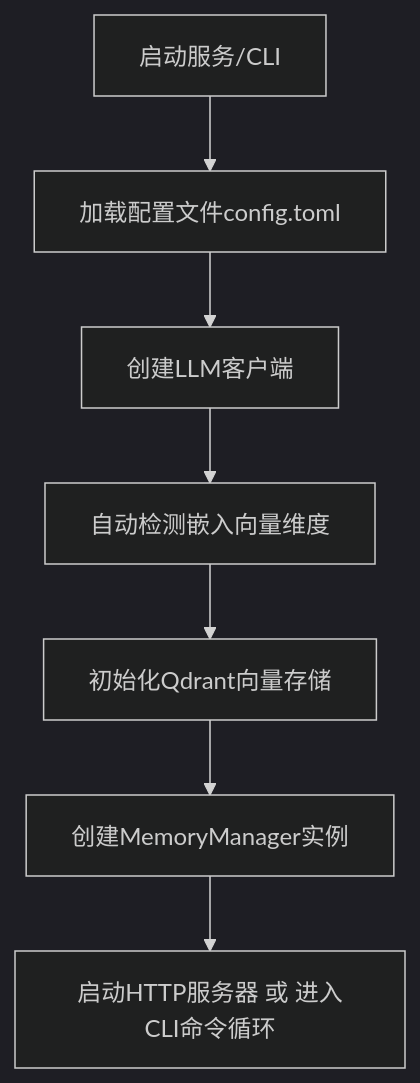
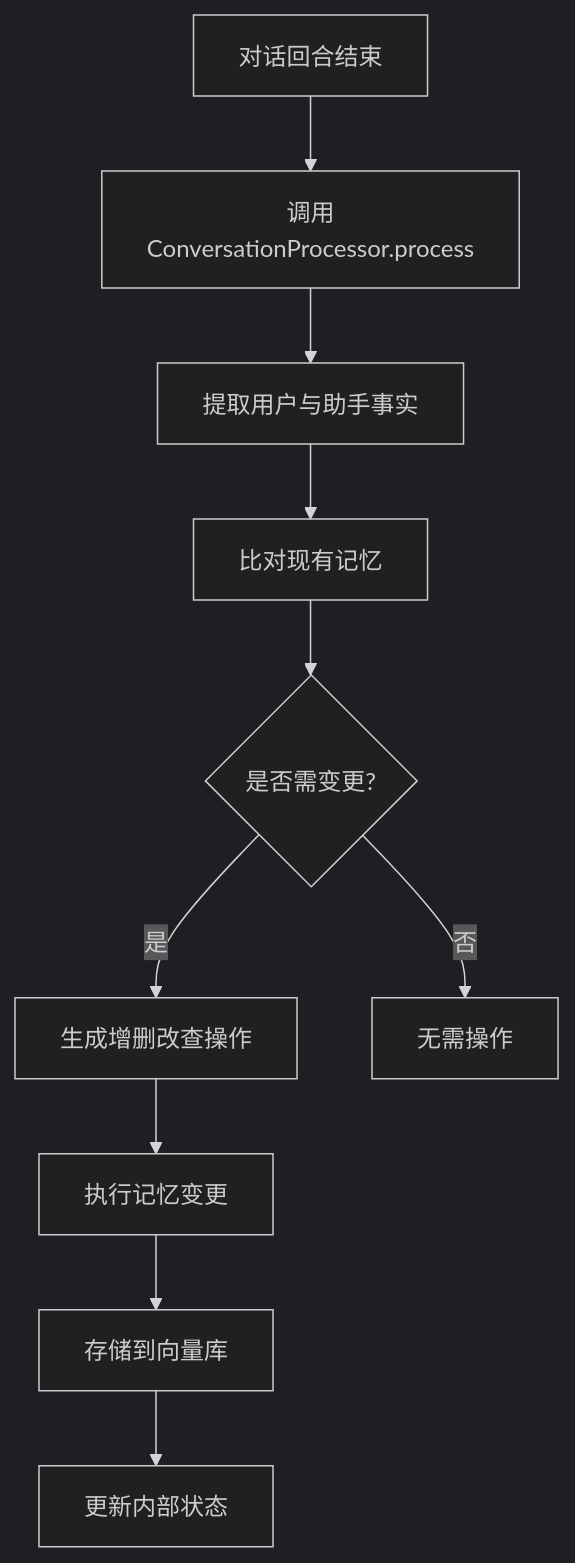
One commit to sopaco/cortex-mem changed the fourth of 5 diagrams in litho.docs/3、工作流程.md. Above: the diagram before and after it, drawn with Mermaid (dark theme). The commit also changed other lines of this file and 16 other files, not shown here.

````diff
--- a/litho.docs/3、工作流程.md
+++ b/litho.docs/3、工作流程.md
@@ -138,9 +184,12 @@
 ```mermaid
 graph TD
-    A[启动服务/CLI] --> B[加载配置文件config.toml]
-    B --> C[创建LLM客户端]
-    C --> D[自动检测嵌入向量维度]
-    D --> E[初始化Qdrant向量存储]
-    E --> F[创建MemoryManager实例]
-    F --> G[启动HTTP服务器 或 进入CLI命令循环]
+    A[对话回合结束] --> B[调用ConversationProcessor.process]
+    B --> C[提取用户与助手事实]
+    C --> D[比对现有记忆]
+    D --> E{是否需变更?}
+    E -->|是| F[生成增删改查操作]
+    E -->|否| G[无需操作]
+    F --> H[执行记忆变更]
+    H --> I[存储到向量库]
+    I --> J[更新内部状态]
 ```
````
